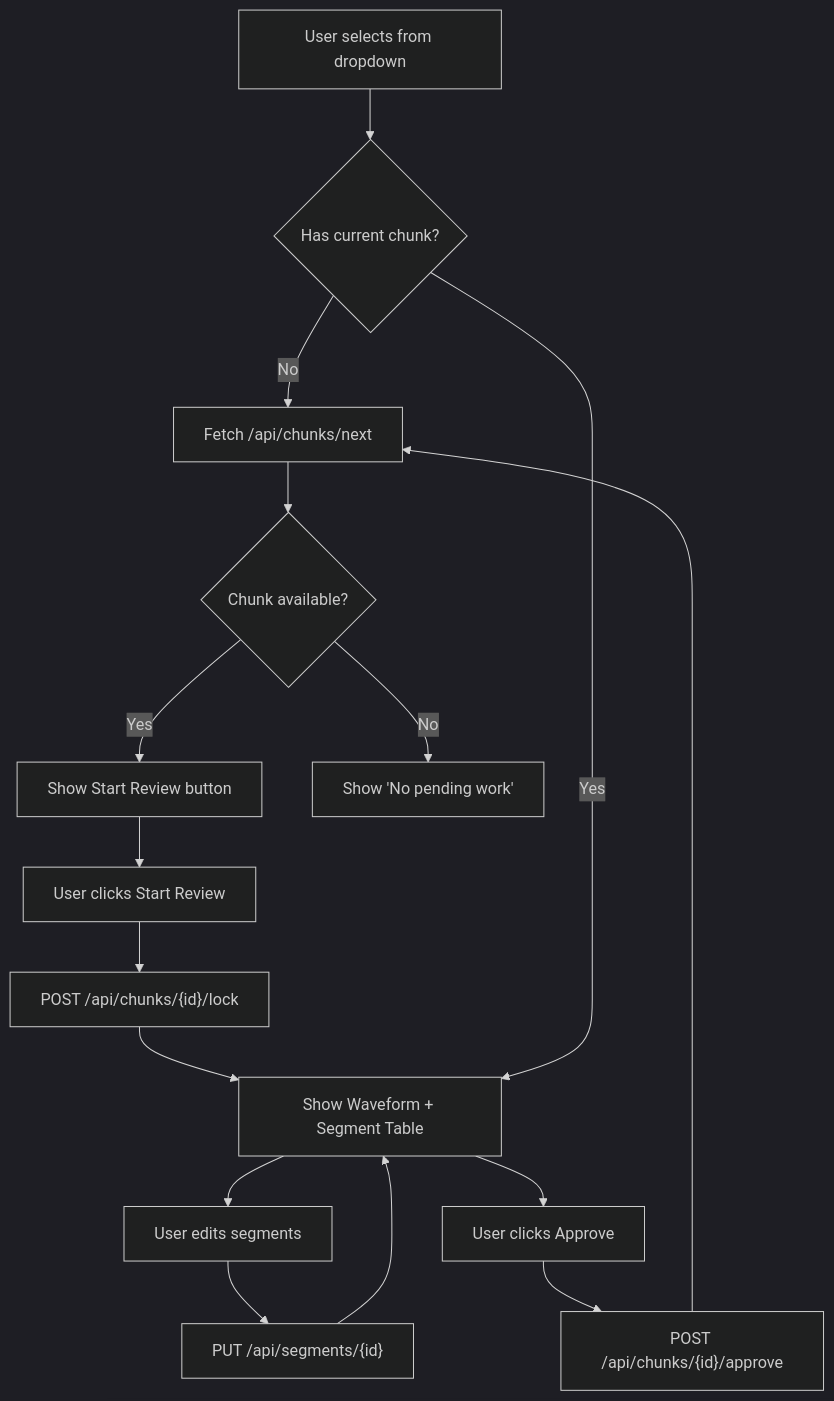
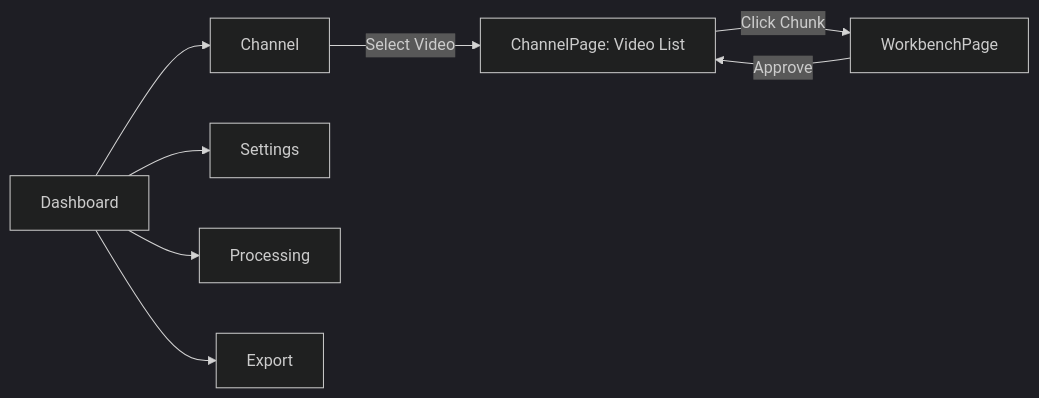
One commit to chienlax/final_nlp changed the second of 2 diagrams in docs/02_system-design.md. Above: the diagram before and after it, drawn with Mermaid (dark theme). The commit also changed other lines of this file and 6 other files, not shown here.

Commit message:
feat: Add settings page for user and system configuration, and introduce core project documentation.

````diff
--- a/docs/02_system-design.md
+++ b/docs/02_system-design.md
@@ -339,18 +354,10 @@
 ```mermaid
-flowchart TD
-    A[User selects from dropdown] --> B{Has current chunk?}
-    B -->|No| C[Fetch /api/chunks/next]
-    C --> D{Chunk available?}
-    D -->|Yes| E[Show Start Review button]
-    D -->|No| F["Show 'No pending work'"]
-    E --> G[User clicks Start Review]
-    G --> H["POST /api/chunks/{id}/lock"]
-    H --> I[Show Waveform + Segment Table]
-    I --> J[User edits segments]
-    J --> K["PUT /api/segments/{id}"]
-    K --> I
-    I --> L[User clicks Approve]
-    L --> M["POST /api/chunks/{id}/approve"]
-    M --> C
-    B -->|Yes| I
+flowchart LR
+    D[Dashboard] --> C[Channel]
+    C --> |Select Video| V[ChannelPage: Video List]
+    V --> |Click Chunk| W[WorkbenchPage]
+    W --> |Approve| V
+    D --> S[Settings]
+    D --> P[Processing]
+    D --> E[Export]
 ```
````
